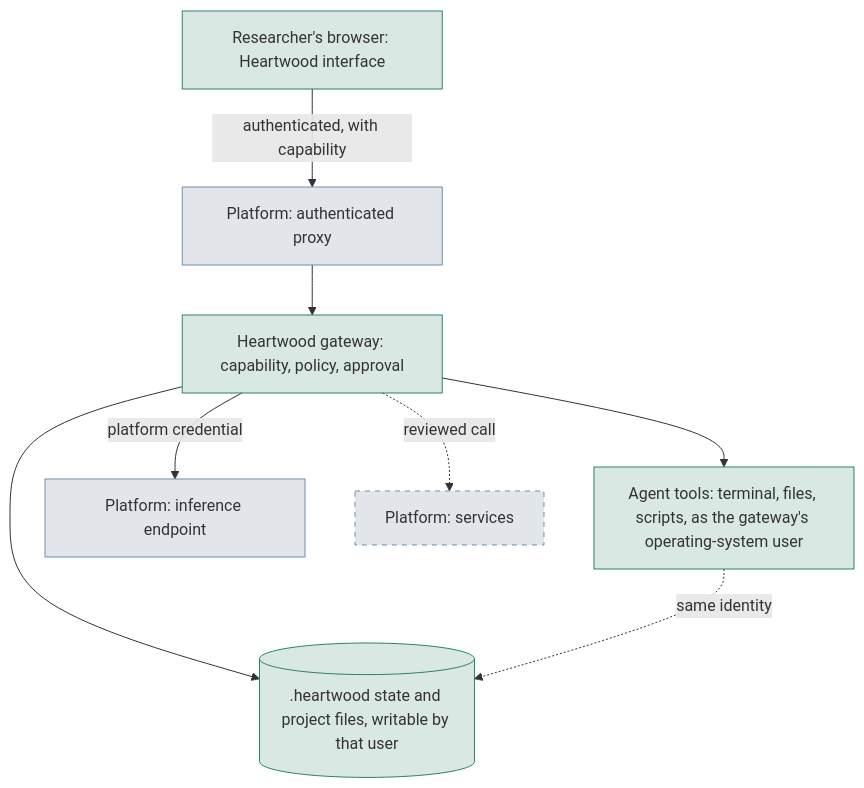
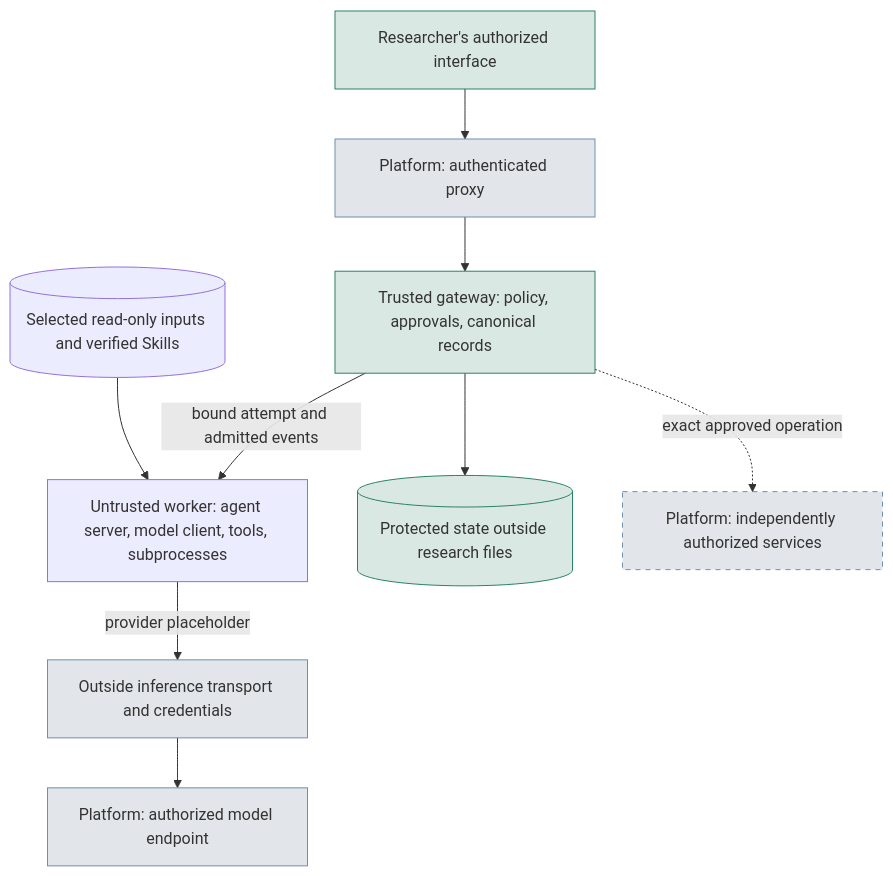
Before and after one commit to SchmiedmayerLab/heartwood: the sixth of 6 diagrams in documentation/operate/platform-contract.md, drawn with Mermaid. The commit also changed other lines of this file and 107 other files, not shown here.

````diff
--- a/documentation/operate/platform-contract.md
+++ b/documentation/operate/platform-contract.md
@@ -762,22 +781,24 @@
 ```mermaid
 flowchart TB
-    UI["Researcher's browser: Heartwood interface"]
+    UI["Researcher's authorized interface"]
     Proxy["Platform: authenticated proxy"]
-    Gateway["Heartwood gateway: capability, policy, approval"]
-    Tools["Agent tools: terminal, files, scripts, as the gateway's operating-system user"]
-    State[(".heartwood state and project files, writable by that user")]
-    Inference["Platform: inference endpoint"]
-    Services["Platform: services"]
-    UI -- "authenticated, with capability" --> Proxy --> Gateway
-    Gateway --> Tools
+    Gateway["Trusted gateway: policy, approvals, canonical records"]
+    Worker["Untrusted worker: agent server, model client, tools, subprocesses"]
+    State[("Protected state outside research files")]
+    Inputs[("Selected read-only inputs and verified Skills")]
+    Transport["Outside inference transport and credentials"]
+    Inference["Platform: authorized model endpoint"]
+    Services["Platform: independently authorized services"]
+    UI --> Proxy --> Gateway
+    Gateway -- "bound attempt and admitted events" --> Worker
     Gateway --> State
-    Tools -. "same identity" .-> State
-    Gateway -- "platform credential" --> Inference
-    Gateway -. "reviewed call" .-> Services
-    classDef heartwood fill:#0b694d26,stroke:#2b8268
+    Inputs --> Worker
+    Worker -- "provider placeholder" --> Transport --> Inference
+    Gateway -. "exact approved operation" .-> Services
+    classDef trusted fill:#0b694d26,stroke:#2b8268
     classDef platform fill:#3f5b7426,stroke:#6f8fae
-    classDef planned stroke-dasharray: 5 5
-    class UI,Gateway,Tools,State heartwood
-    class Proxy,Inference,Services platform
-    class Services planned
+    classDef unavailable stroke-dasharray: 5 5
+    class UI,Gateway,State trusted
+    class Proxy,Transport,Inference,Services platform
+    class Services unavailable
 ```
````
